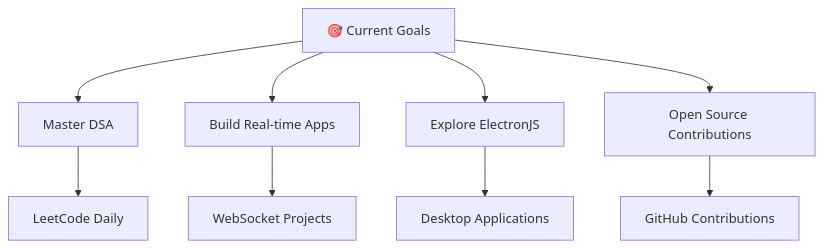
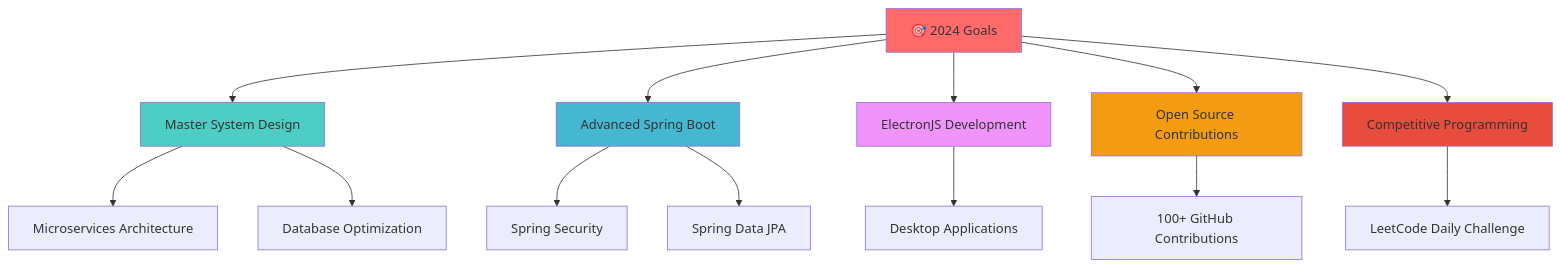
Before and after one commit to ParamShukla007/ParamShukla007: the diagram in README.md, drawn with Mermaid. The commit also changed other lines of this file, not shown here.

````diff
--- a/README.md
+++ b/README.md
@@ -125,12 +252,23 @@
   ```mermaid
   graph TD
-      A[🎯 Current Goals] --> B[Master DSA]
-      A --> C[Build Real-time Apps]
-      A --> D[Explore ElectronJS]
+      A[🎯 2024 Goals] --> B[Master System Design]
+      A --> C[Advanced Spring Boot]
+      A --> D[ElectronJS Development]
       A --> E[Open Source Contributions]
+      A --> F[Competitive Programming]
       
-      B --> F[LeetCode Daily]
-      C --> G[WebSocket Projects]
-      D --> H[Desktop Applications]
-      E --> I[GitHub Contributions]
+      B --> G[Microservices Architecture]
+      B --> H[Database Optimization]
+      C --> I[Spring Security]
+      C --> J[Spring Data JPA]
+      D --> K[Desktop Applications]
+      E --> L[100+ GitHub Contributions]
+      F --> M[LeetCode Daily Challenge]
+      
+      style A fill:#ff6b6b
+      style B fill:#4ecdc4
+      style C fill:#45b7d1
+      style D fill:#f093fb
+      style E fill:#f39c12
+      style F fill:#e74c3c
   ```
````
